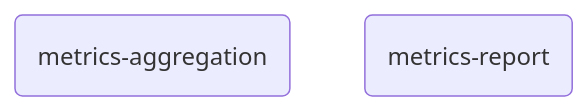
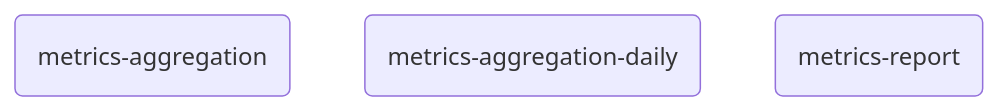
One commit to M-A-Operating-System/ai-coding-standards2 changed the diagram in docs/product/orchestrator/generated/phases/05_continuous.mmd. Above: the diagram before and after it, drawn with Mermaid. The commit also changed 2 other files, not shown here.

Commit message:
chore: regenerate pipeline diagrams

```diff
--- a/docs/product/orchestrator/generated/phases/05_continuous.mmd
+++ b/docs/product/orchestrator/generated/phases/05_continuous.mmd
@@ -1,3 +1,4 @@
 flowchart TD
     n_05_continuous__metrics_aggregation("metrics-aggregation")
+    n_05_continuous__metrics_aggregation_daily("metrics-aggregation-daily")
     n_05_continuous__metrics_report("metrics-report")
```
